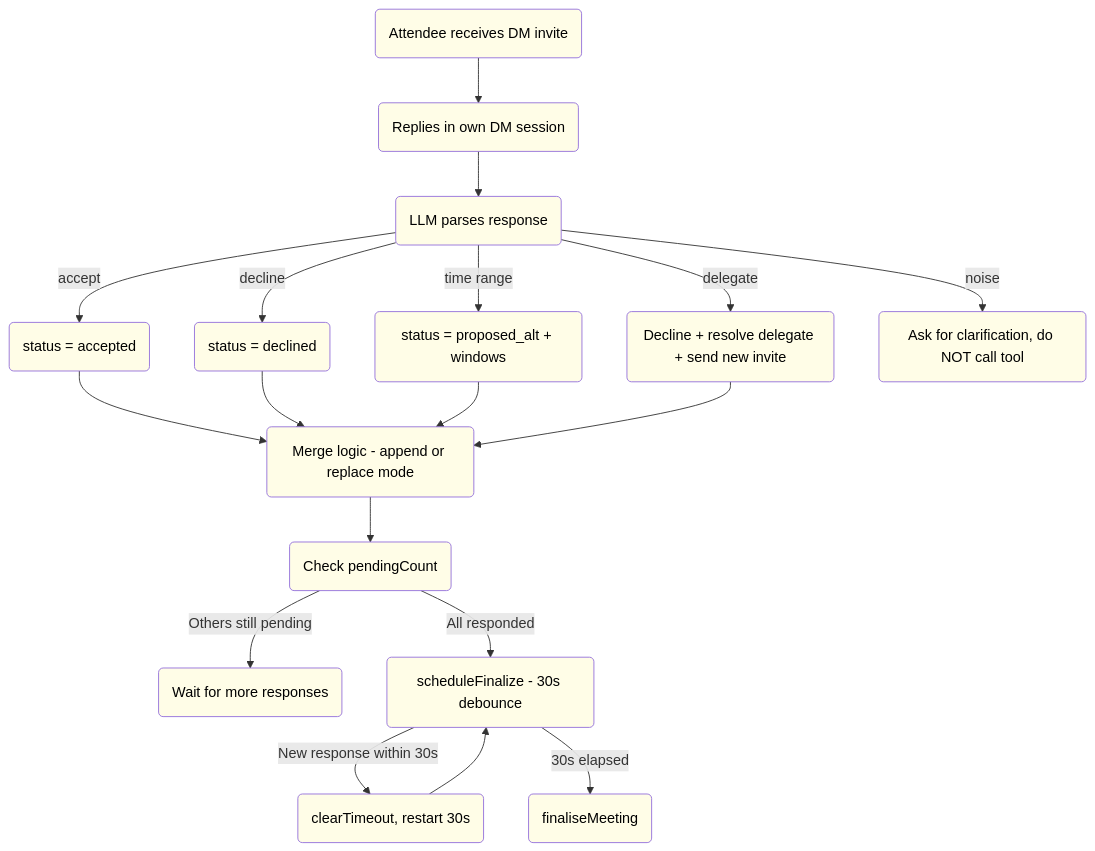
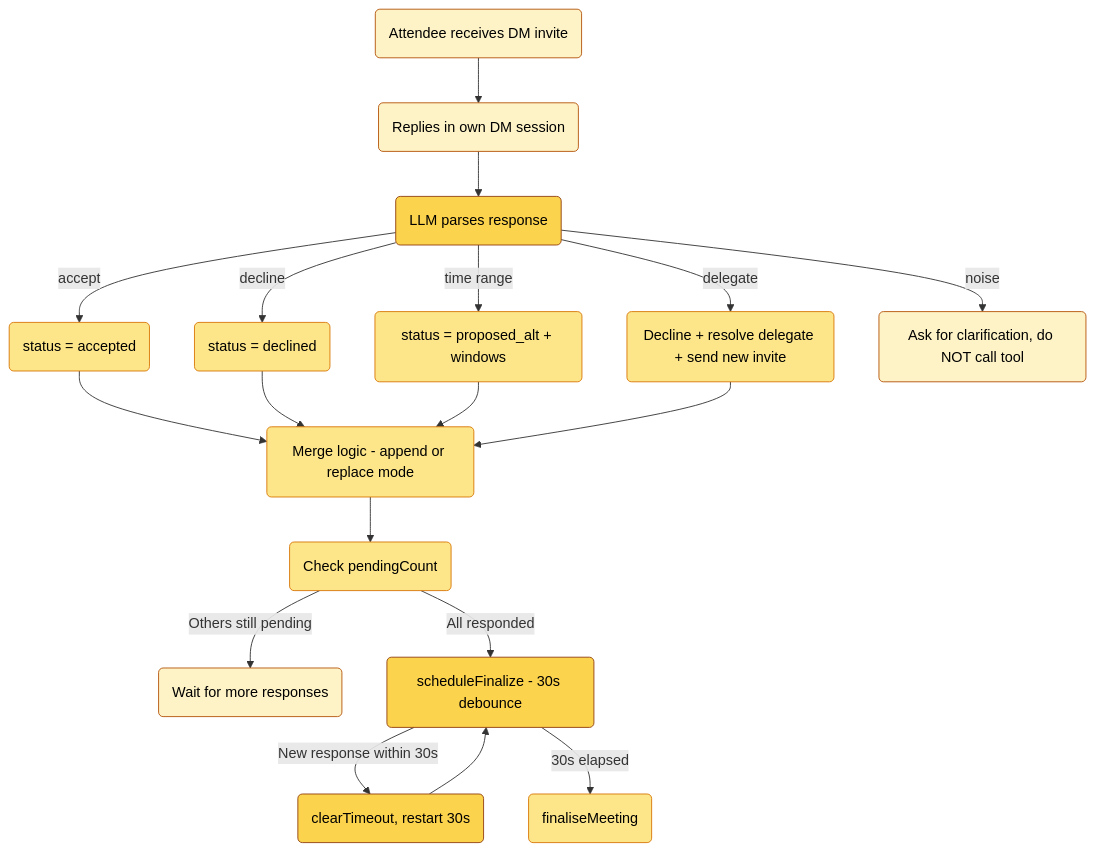
The fourth of 13 diagrams in README.md (javana3/claw_meeting_all), drawn with Mermaid before and after one commit. The commit also changed other lines of this file, not shown here.

Commit message:
Add golden borders and hierarchy to mermaid diagrams

````diff
--- a/README.md
+++ b/README.md
@@ -131,37 +131,37 @@
 ```mermaid
 graph TD
     A(Attendee receives DM invite) --> B(Replies in own DM session)
     B --> C(LLM parses response)
     C -->|accept| D(status = accepted)
     C -->|decline| E(status = declined)
     C -->|time range| F(status = proposed_alt + windows)
     C -->|delegate| G(Decline + resolve delegate + send new invite)
     C -->|noise| H(Ask for clarification, do NOT call tool)
 
     D --> MERGE(Merge logic - append or replace mode)
     E --> MERGE
     F --> MERGE
     G --> MERGE
 
     MERGE --> CHECK(Check pendingCount)
     CHECK -->|Others still pending| WAIT(Wait for more responses)
     CHECK -->|All responded| DEBOUNCE(scheduleFinalize - 30s debounce)
     DEBOUNCE -->|New response within 30s| RESET(clearTimeout, restart 30s)
     RESET --> DEBOUNCE
     DEBOUNCE -->|30s elapsed| FINAL(finaliseMeeting)
 
-    style MERGE fill:#fffde7,color:#000
-    style DEBOUNCE fill:#fffde7,color:#000
-    style FINAL fill:#fffde7,color:#000
-    style A fill:#fffde7,color:#000
-    style B fill:#fffde7,color:#000
-    style C fill:#fffde7,color:#000
-    style D fill:#fffde7,color:#000
-    style E fill:#fffde7,color:#000
-    style F fill:#fffde7,color:#000
-    style G fill:#fffde7,color:#000
-    style H fill:#fffde7,color:#000
-    style CHECK fill:#fffde7,color:#000
-    style WAIT fill:#fffde7,color:#000
-    style RESET fill:#fffde7,color:#000
+    style MERGE fill:#fde68a,stroke:#d97706,color:#000
+    style DEBOUNCE fill:#fcd34d,stroke:#92400e,color:#000
+    style FINAL fill:#fde68a,stroke:#d97706,color:#000
+    style A fill:#fef3c7,stroke:#b45309,color:#000
+    style B fill:#fef3c7,stroke:#b45309,color:#000
+    style C fill:#fcd34d,stroke:#92400e,color:#000
+    style D fill:#fde68a,stroke:#d97706,color:#000
+    style E fill:#fde68a,stroke:#d97706,color:#000
+    style F fill:#fde68a,stroke:#d97706,color:#000
+    style G fill:#fde68a,stroke:#d97706,color:#000
+    style H fill:#fef3c7,stroke:#b45309,color:#000
+    style CHECK fill:#fde68a,stroke:#d97706,color:#000
+    style WAIT fill:#fef3c7,stroke:#b45309,color:#000
+    style RESET fill:#fcd34d,stroke:#92400e,color:#000
 ```
````
